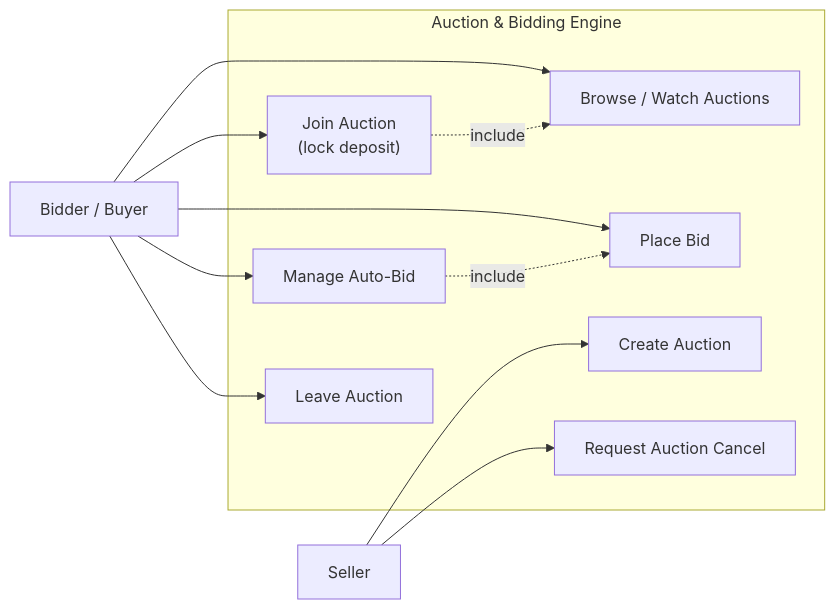
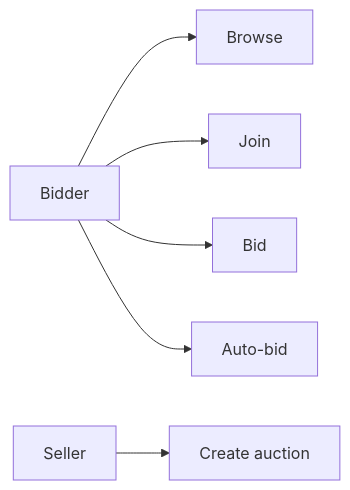
One commit to vuxgiakhanh-source/online-auction-system changed the second of 3 diagrams in UseCaseDiagram.md. Above: the diagram before and after it, drawn with Mermaid. The commit also changed other lines of this file and 16 other files, not shown here.

Commit message:
docs: sync auction-server diagrams with implementation and onboarding headers

````diff
--- a/UseCaseDiagram.md
+++ b/UseCaseDiagram.md
@@ -29,26 +20,5 @@
 ```mermaid
 flowchart LR
-    Bidder["Bidder / Buyer"]
-    Seller["Seller"]
-
-    subgraph Engine["Auction & Bidding Engine"]
-        UCBrowse["Browse / Watch Auctions"]
-        UCCreate["Create Auction"]
-        UCJoin["Join Auction<br/>(lock deposit)"]
-        UCBid["Place Bid"]
-        UCAutoBid["Manage Auto-Bid"]
-        UCLeave["Leave Auction"]
-        UCCancelReq["Request Auction Cancel"]
-    end
-
-    Bidder --> UCBrowse
-    Bidder --> UCJoin
-    Bidder --> UCBid
-    Bidder --> UCAutoBid
-    Bidder --> UCLeave
-    Seller --> UCCreate
-    Seller --> UCCancelReq
-
-    UCJoin -. include .-> UCBrowse
-    UCAutoBid -. include .-> UCBid
+    B["Bidder"] --> UC5["Browse"] & UC7["Join"] & UC8["Bid"] & UC9["Auto-bid"]
+    S["Seller"] --> UC6["Create auction"]
 ```
````
